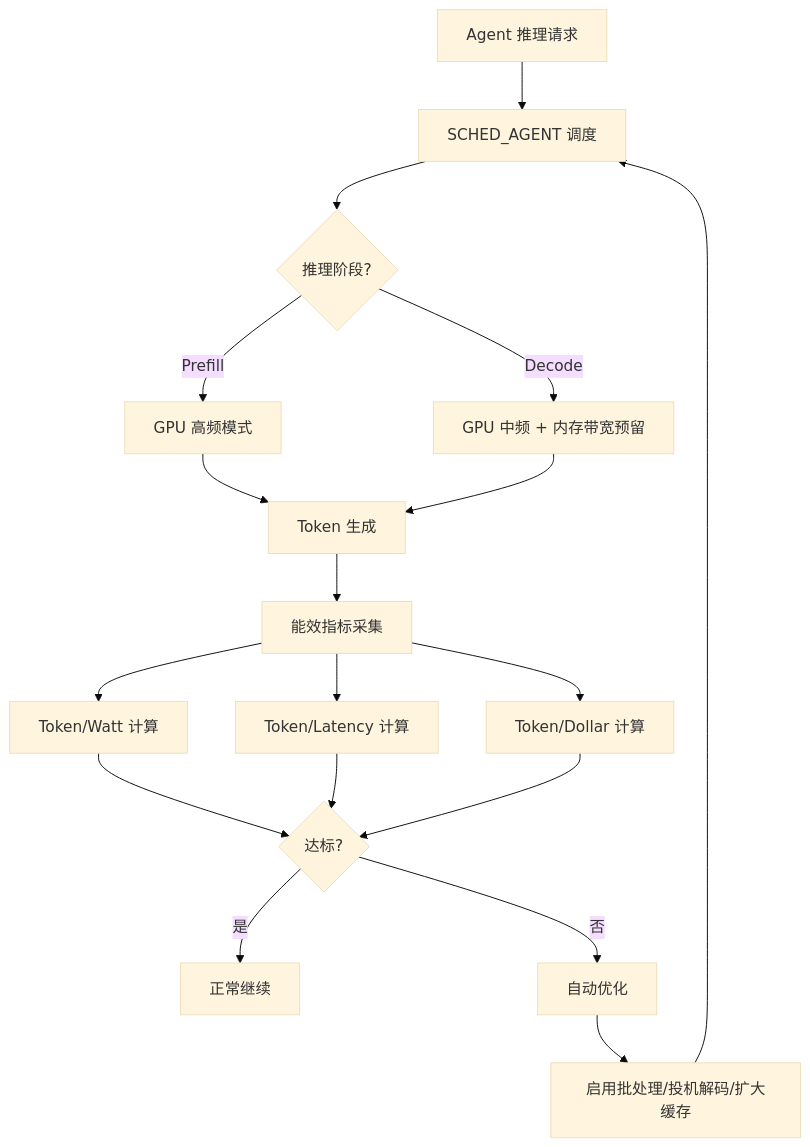
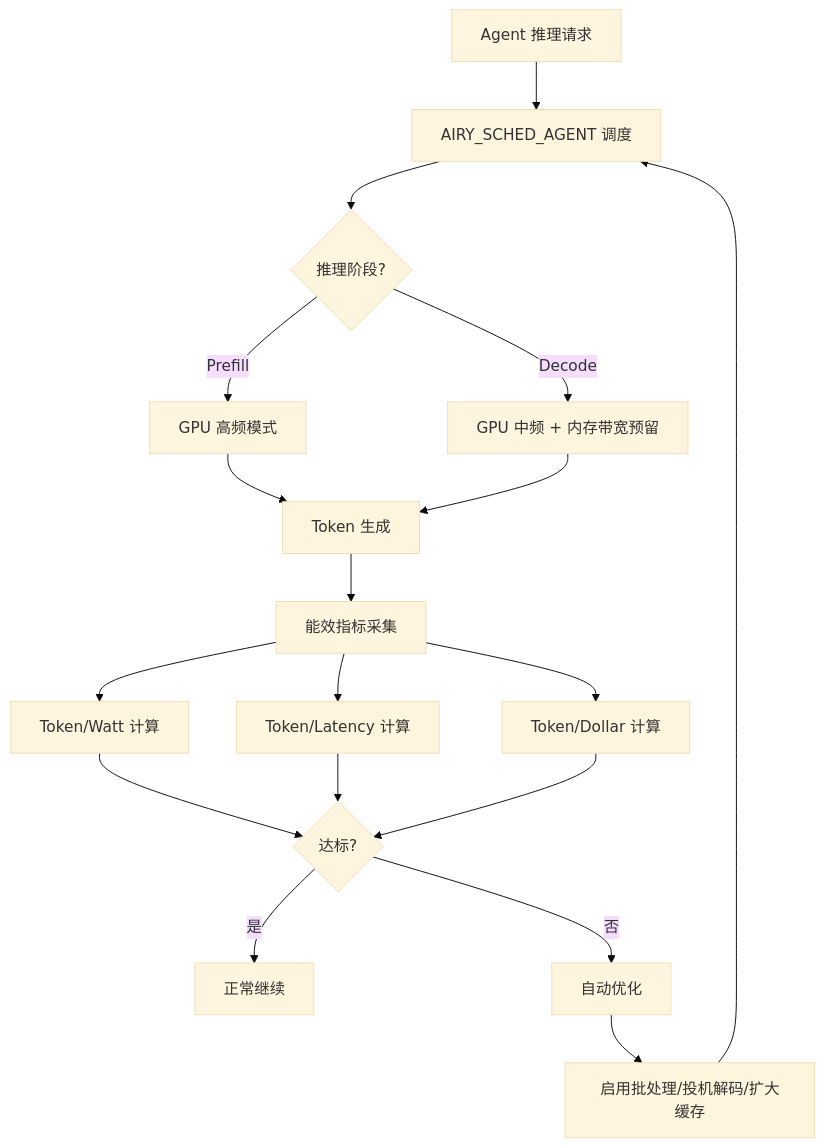
Before and after one commit to openairymax/docs: the diagram in AirymaxOS/170-performance/04-token-efficiency.md, drawn with Mermaid (base theme). The commit also changed other lines of this file and 115 other files, not shown here.

````diff
--- a/AirymaxOS/170-performance/04-token-efficiency.md
+++ b/AirymaxOS/170-performance/04-token-efficiency.md
@@ -704,20 +704,20 @@
 ```mermaid
 graph TD
-    A[Agent 推理请求] --> B[SCHED_AGENT 调度]
+    A[Agent 推理请求] --> B[AIRY_SCHED_AGENT 调度]
     B --> C{推理阶段?}
     C -->|Prefill| D[GPU 高频模式]
     C -->|Decode| E[GPU 中频 + 内存带宽预留]
     D --> F[Token 生成]
     E --> F
     F --> G[能效指标采集]
     G --> H[Token/Watt 计算]
     G --> I[Token/Latency 计算]
     G --> J[Token/Dollar 计算]
     H --> K{达标?}
     I --> K
     J --> K
     K -->|是| L[正常继续]
     K -->|否| M[自动优化]
     M --> N[启用批处理/投机解码/扩大缓存]
     N --> B
 ```
````
